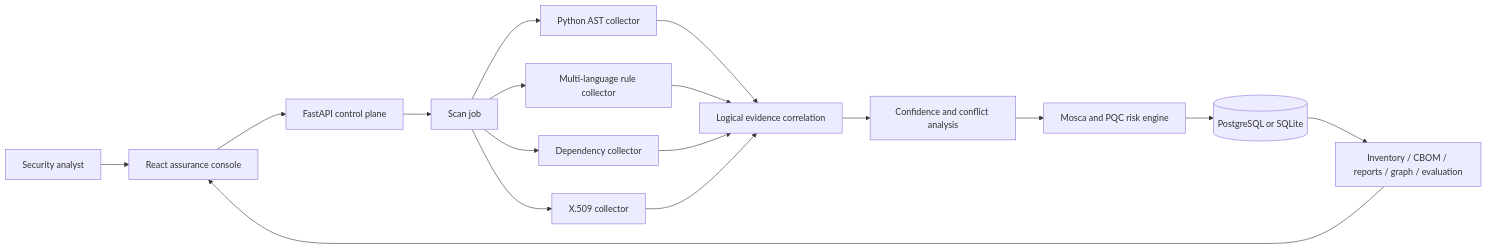
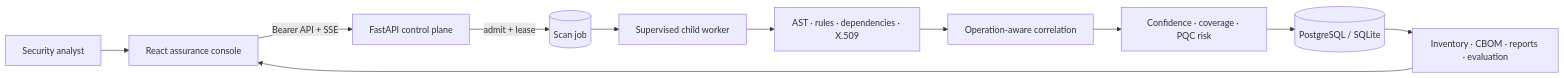
The first of 2 diagrams in docs/ARCHITECTURE.md (tishanbrijesh-rgb/ECDAT-SIH), drawn with Mermaid before and after one commit. The commit also changed other lines of this file and 56 other files, not shown here.

````diff
--- a/docs/ARCHITECTURE.md
+++ b/docs/ARCHITECTURE.md
@@ -5,19 +5,13 @@
 ```mermaid
 flowchart LR
     U[Security analyst] --> UI[React assurance console]
-    UI --> API[FastAPI control plane]
-    API --> Q[Scan job]
-    Q --> AST[Python AST collector]
-    Q --> RULE[Multi-language rule collector]
-    Q --> DEP[Dependency collector]
-    Q --> CERT[X.509 collector]
-    AST --> CORR[Logical evidence correlation]
-    RULE --> CORR
-    DEP --> CORR
-    CERT --> CORR
-    CORR --> CONF[Confidence and conflict analysis]
-    CONF --> RISK[Mosca and PQC risk engine]
-    RISK --> DB[(PostgreSQL or SQLite)]
-    DB --> OUT[Inventory / CBOM / reports / graph / evaluation]
+    UI -->|Bearer API + SSE| API[FastAPI control plane]
+    API -->|admit + lease| JOB[(Scan job)]
+    JOB --> WORKER[Supervised child worker]
+    WORKER --> COLLECT[AST · rules · dependencies · X.509]
+    COLLECT --> CORR[Operation-aware correlation]
+    CORR --> RISK[Confidence · coverage · PQC risk]
+    RISK --> DB[(PostgreSQL / SQLite)]
+    DB --> OUT[Inventory · CBOM · reports · evaluation]
     OUT --> UI
 ```
````
